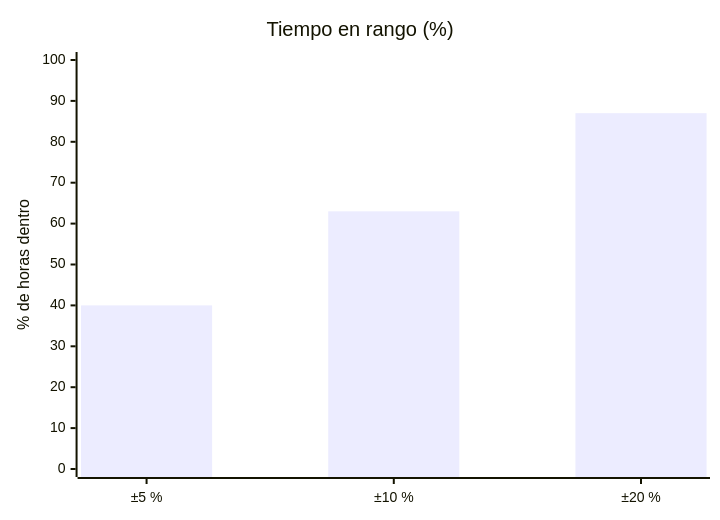
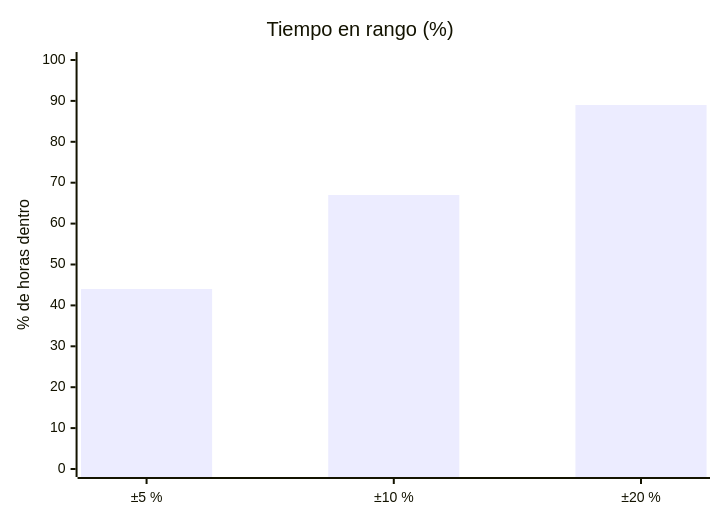
One commit to Caiico1/etapas-weinstein changed the fourth of 7 diagrams in Guia Simulador.md. Above: the diagram before and after it, drawn with Mermaid. The commit also changed other lines of this file and 12 other files, not shown here.

````diff
--- a/Guia Simulador.md
+++ b/Guia Simulador.md
@@ -301,7 +306,7 @@
 ```mermaid
 xychart-beta
     title "Tiempo en rango (%)"
     x-axis ["±5 %", "±10 %", "±20 %"]
     y-axis "% de horas dentro" 0 --> 100
-    bar [40, 63, 87]
+    bar [44, 67, 89]
 ```
````
